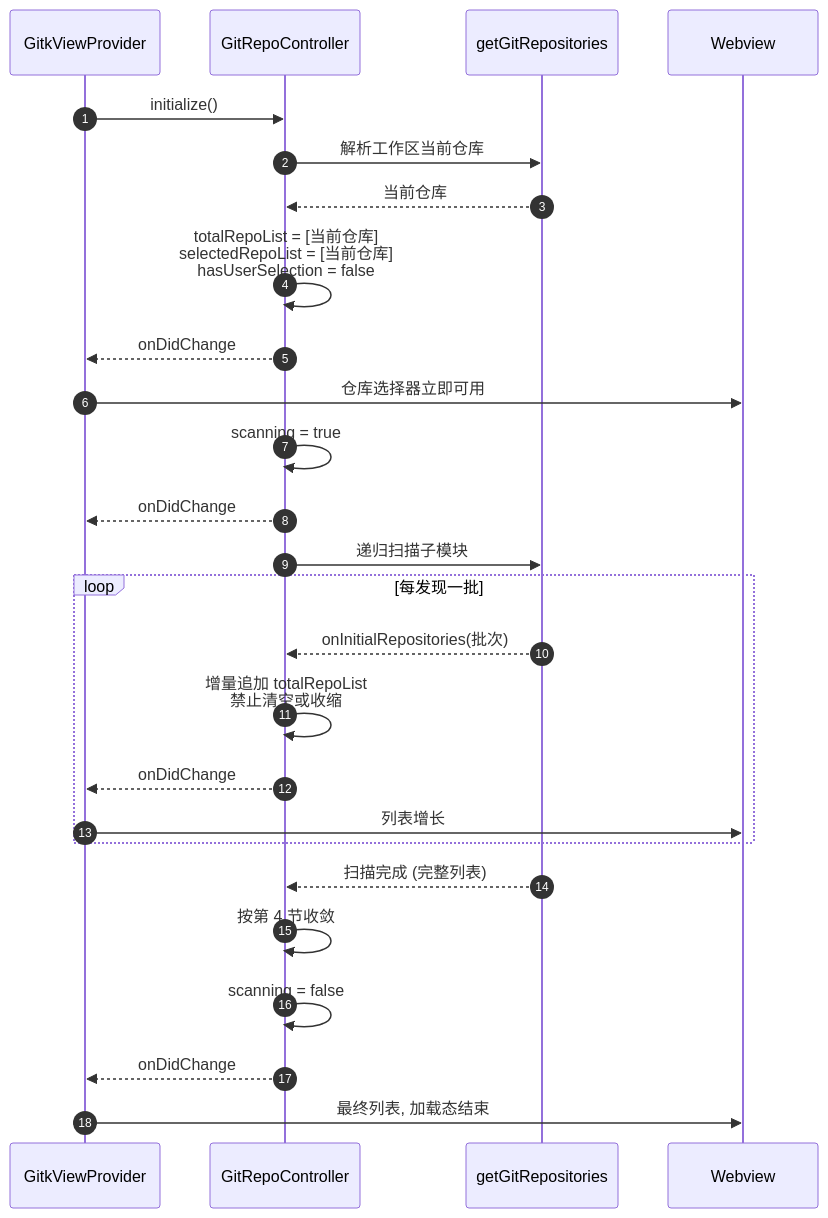
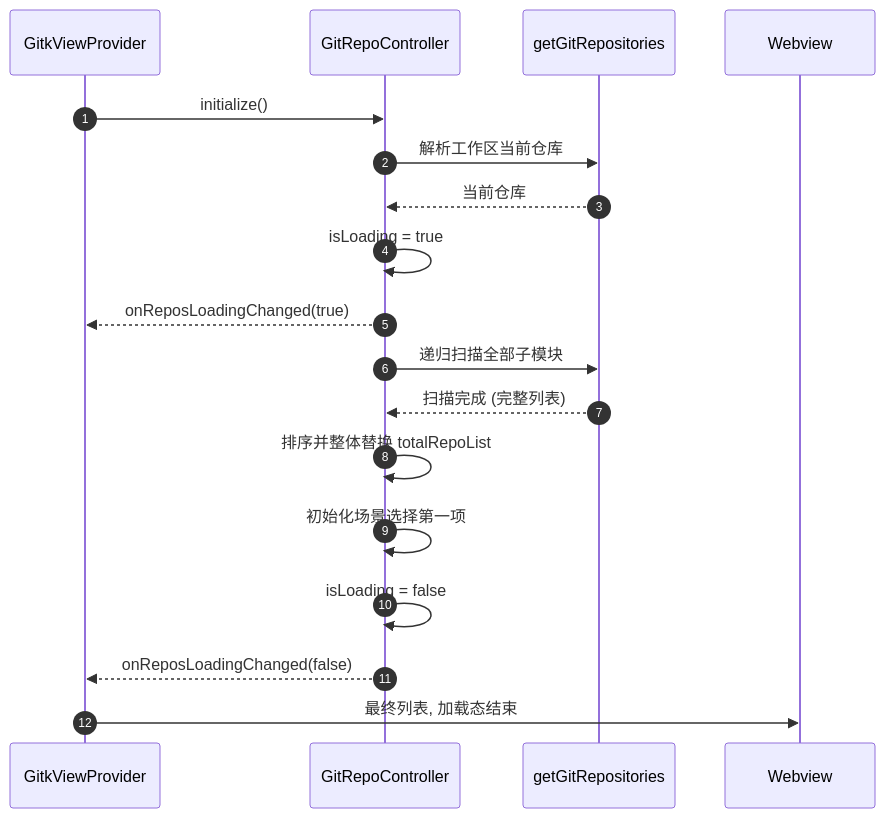
The second of 5 diagrams in doc/gitrepocontroller.md (liangjunheng/vscode-gitk-pro), drawn with Mermaid before and after one commit. The commit also changed other lines of this file and 17 other files, not shown here.

````diff
--- a/doc/gitrepocontroller.md
+++ b/doc/gitrepocontroller.md
@@ -78,32 +74,21 @@
 ```mermaid
 sequenceDiagram
     autonumber
     participant Caller as GitkViewProvider
     participant Ctrl as GitRepoController
     participant Git as getGitRepositories
     participant UI as Webview
 
     Caller->>Ctrl: initialize()
     Ctrl->>Git: 解析工作区当前仓库
     Git-->>Ctrl: 当前仓库
-    Ctrl->>Ctrl: totalRepoList = [当前仓库]<br/>selectedRepoList = [当前仓库]<br/>hasUserSelection = false
-    Ctrl-->>Caller: onDidChange
-    Caller->>UI: 仓库选择器立即可用
-
-    Ctrl->>Ctrl: scanning = true
-    Ctrl-->>Caller: onDidChange
-    Ctrl->>Git: 递归扫描子模块
-
-    loop 每发现一批
-        Git-->>Ctrl: onInitialRepositories(批次)
-        Ctrl->>Ctrl: 增量追加 totalRepoList<br/>禁止清空或收缩
-        Ctrl-->>Caller: onDidChange
-        Caller->>UI: 列表增长
-    end
-
+    Ctrl->>Ctrl: isLoading = true
+    Ctrl-->>Caller: onReposLoadingChanged(true)
+    Ctrl->>Git: 递归扫描全部子模块
     Git-->>Ctrl: 扫描完成 (完整列表)
-    Ctrl->>Ctrl: 按第 4 节收敛
-    Ctrl->>Ctrl: scanning = false
-    Ctrl-->>Caller: onDidChange
+    Ctrl->>Ctrl: 排序并整体替换 totalRepoList
+    Ctrl->>Ctrl: 初始化场景选择第一项
+    Ctrl->>Ctrl: isLoading = false
+    Ctrl-->>Caller: onReposLoadingChanged(false)
     Caller->>UI: 最终列表, 加载态结束
 ```
````
